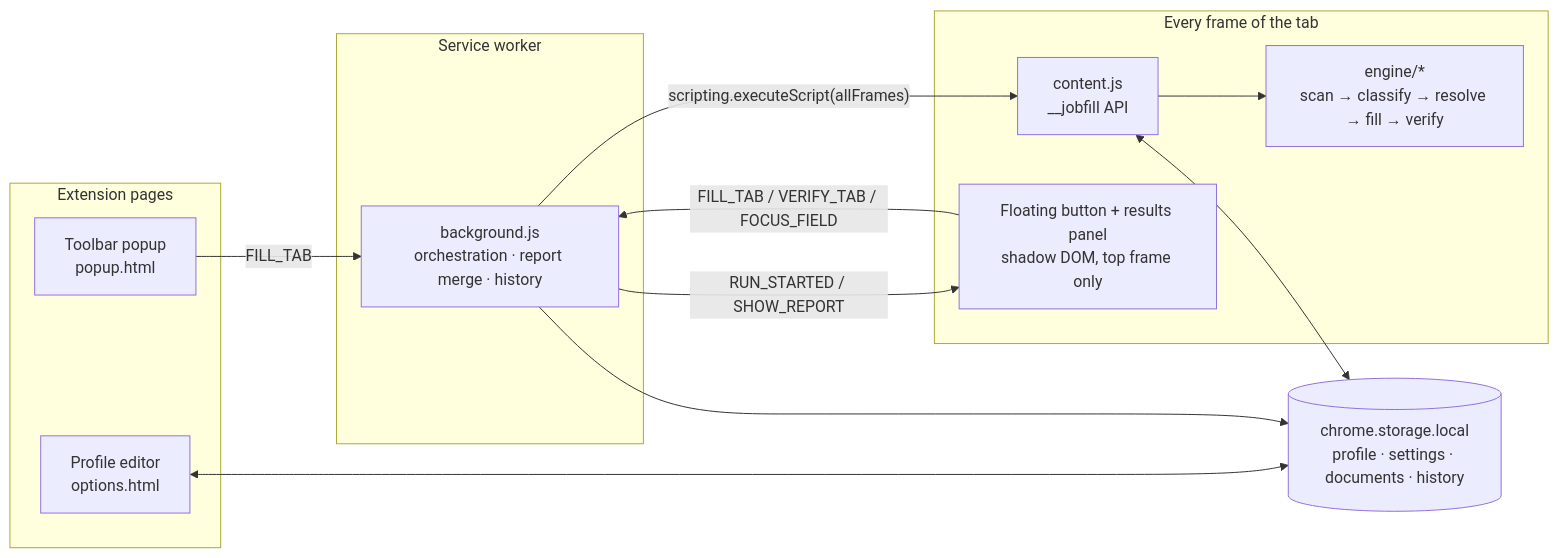
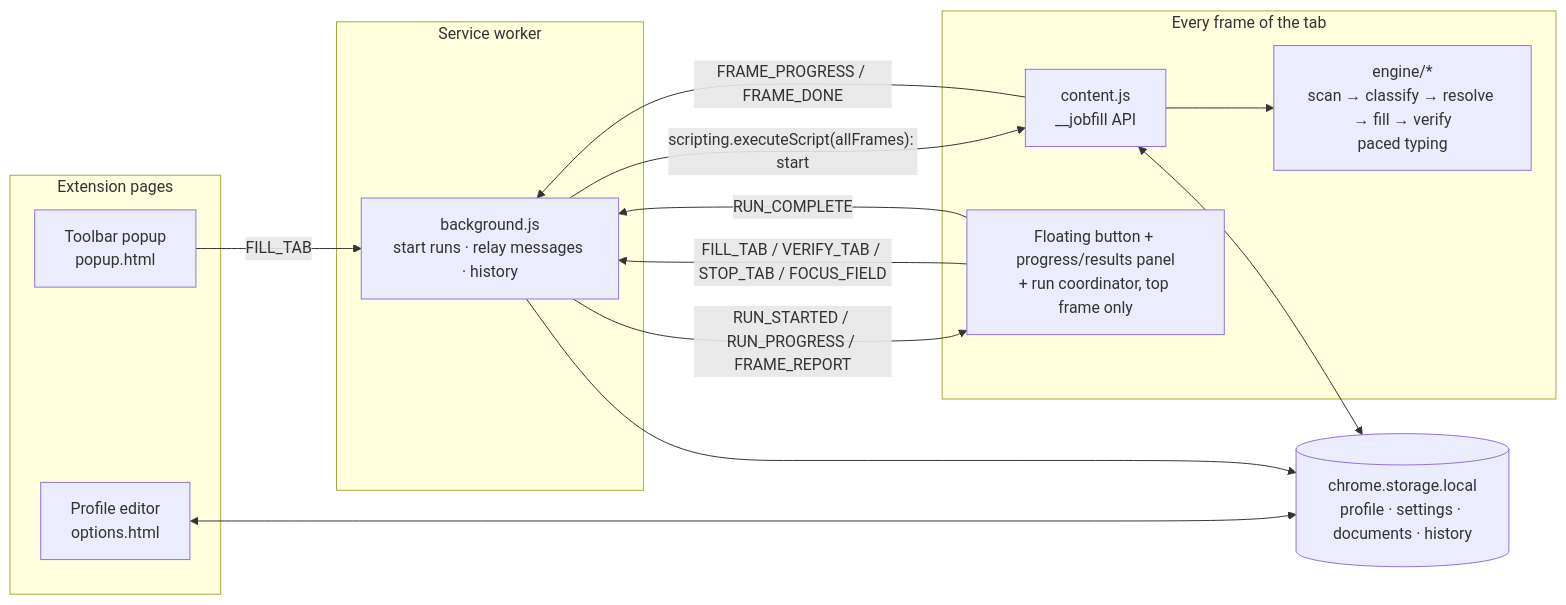
Before and after one commit to philliphjhuang/jobfill: the first of 3 diagrams in docs/ARCHITECTURE.md, drawn with Mermaid. The commit also changed other lines of this file and 60 other files, not shown here.

First line of the commit message:
feat: resume import, human-paced typing, and fixes

````diff
--- a/docs/ARCHITECTURE.md
+++ b/docs/ARCHITECTURE.md
@@ -10,25 +10,27 @@
 ```mermaid
 flowchart LR
   subgraph Extension pages
     Options[Profile editor<br/>options.html]
     Popup[Toolbar popup<br/>popup.html]
   end
   subgraph Service worker
-    SW[background.js<br/>orchestration · report merge · history]
+    SW[background.js<br/>start runs · relay messages · history]
   end
   subgraph Every frame of the tab
     CS[content.js<br/>__jobfill API]
-    Engine[engine/*<br/>scan → classify → resolve → fill → verify]
-    Panel[Floating button + results panel<br/>shadow DOM, top frame only]
+    Engine[engine/*<br/>scan → classify → resolve → fill → verify<br/>paced typing]
+    Panel[Floating button + progress/results panel<br/>+ run coordinator, top frame only]
   end
   Storage[(chrome.storage.local<br/>profile · settings · documents · history)]
 
   Options <--> Storage
   Popup -- FILL_TAB --> SW
-  Panel -- FILL_TAB / VERIFY_TAB / FOCUS_FIELD --> SW
-  SW -- scripting.executeScript(allFrames) --> CS
+  Panel -- FILL_TAB / VERIFY_TAB / STOP_TAB / FOCUS_FIELD --> SW
+  SW -- scripting.executeScript(allFrames): start --> CS
   CS --> Engine
   CS <--> Storage
-  SW -- RUN_STARTED / SHOW_REPORT --> Panel
+  CS -- FRAME_PROGRESS / FRAME_DONE --> SW
+  SW -- RUN_STARTED / RUN_PROGRESS / FRAME_REPORT --> Panel
+  Panel -- RUN_COMPLETE --> SW
   SW --> Storage
 ```
````
